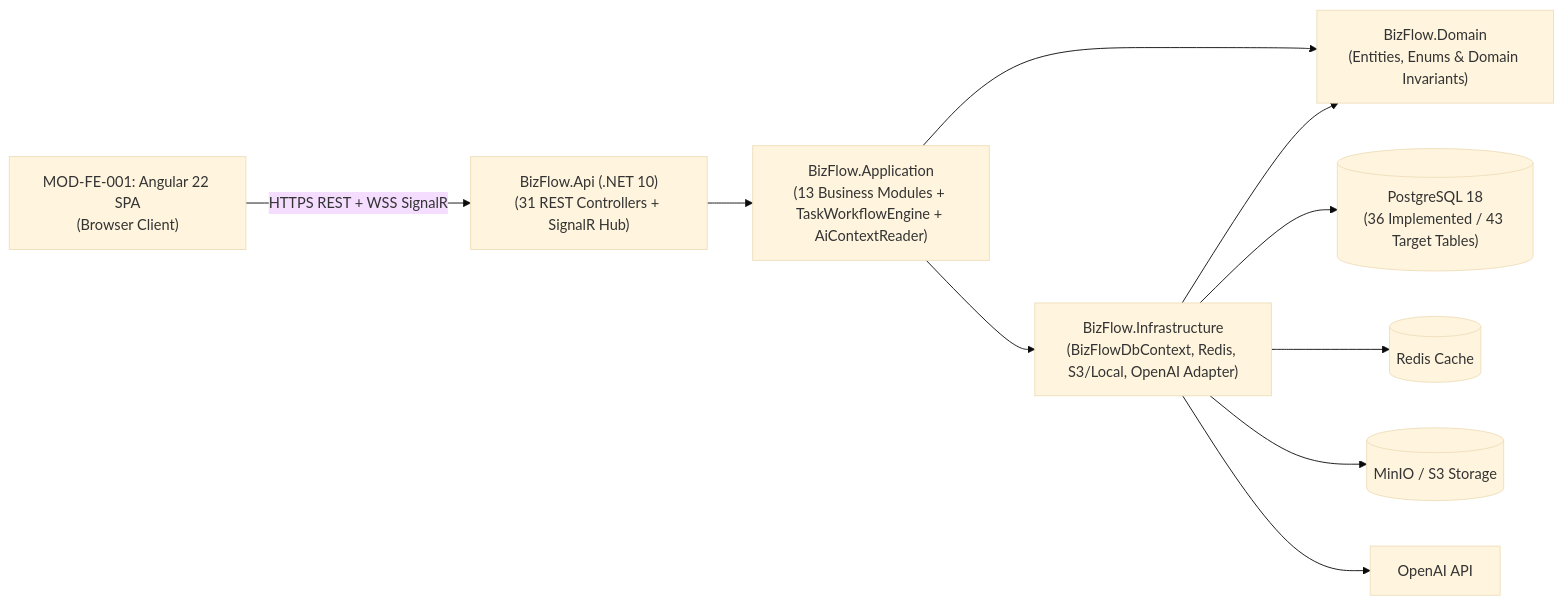
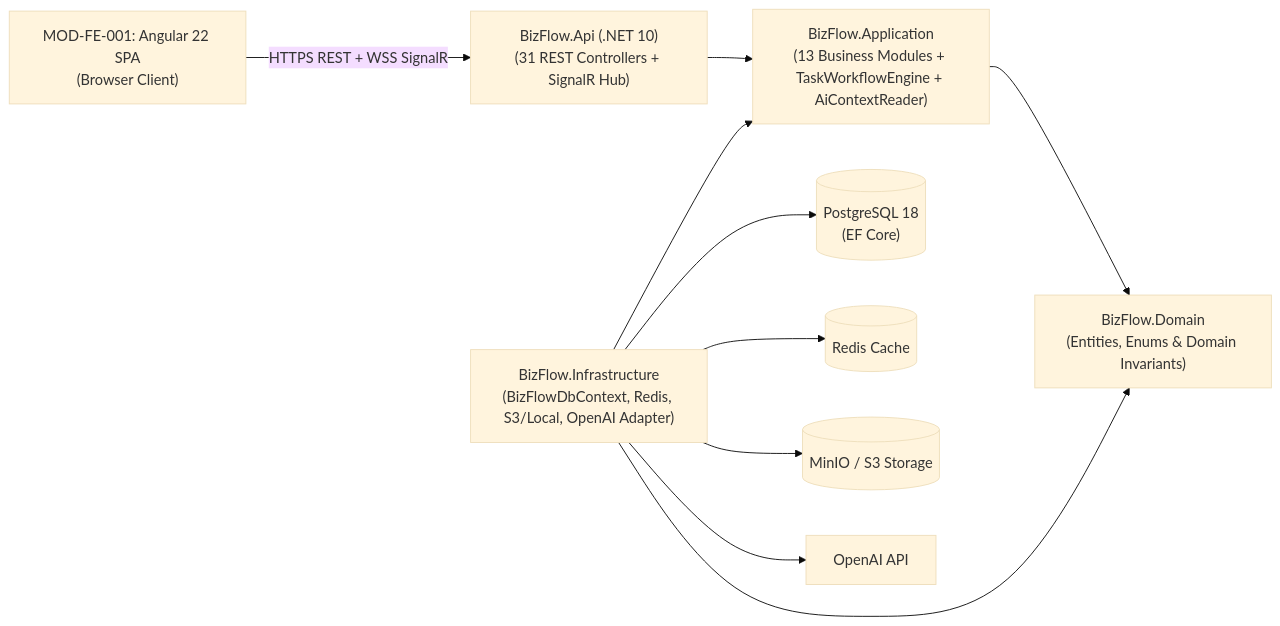
One commit to TxRyeSayNo/AI-Assisted-BizFlow-Platform changed the diagram in docs/specifications/sss/SSS_v1.0_DRAFT.md. Above: the diagram before and after it, drawn with Mermaid (base theme). The commit also changed other lines of this file and 18 other files, not shown here.

````diff
--- a/docs/specifications/sss/SSS_v1.0_DRAFT.md
+++ b/docs/specifications/sss/SSS_v1.0_DRAFT.md
@@ -132,22 +133,22 @@
 ```mermaid
 flowchart LR
     SPA["MOD-FE-001: Angular 22 SPA\n(Browser Client)"]
     API["BizFlow.Api (.NET 10)\n(31 REST Controllers + SignalR Hub)"]
     APP["BizFlow.Application\n(13 Business Modules + TaskWorkflowEngine + AiContextReader)"]
     DOM["BizFlow.Domain\n(Entities, Enums & Domain Invariants)"]
     INF["BizFlow.Infrastructure\n(BizFlowDbContext, Redis, S3/Local, OpenAI Adapter)"]
-    PG[("PostgreSQL 18\n(36 Implemented / 43 Target Tables)")]
+    PG[("PostgreSQL 18\n(EF Core)")]
     RD[("Redis Cache")]
     S3[("MinIO / S3 Storage")]
     OAI["OpenAI API"]
 
     SPA -->|"HTTPS REST + WSS SignalR"| API
     API --> APP
     APP --> DOM
-    APP --> INF
+    INF --> APP
     INF --> DOM
     INF --> PG
     INF --> RD
     INF --> S3
     INF --> OAI
 ```
````
